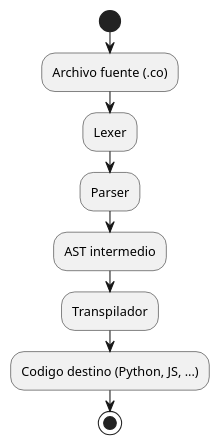
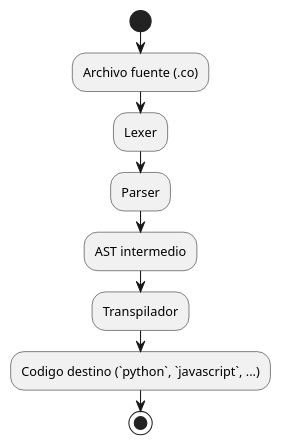
Before and after one commit to Alphonsus411/pCobra: the diagram in docs/flujo_compilacion.md, drawn with PlantUML. The commit also changed 22 other files, not shown here.

````diff
--- a/docs/flujo_compilacion.md
+++ b/docs/flujo_compilacion.md
@@ -5,12 +5,12 @@
 ```{uml}
 @startuml
 start
 :Archivo fuente (.co);
 :Lexer;
 :Parser;
 :AST intermedio;
 :Transpilador;
-:Codigo destino (Python, JS, ...);
+:Codigo destino (`python`, `javascript`, ...);
 stop
 @enduml
 ```
````
